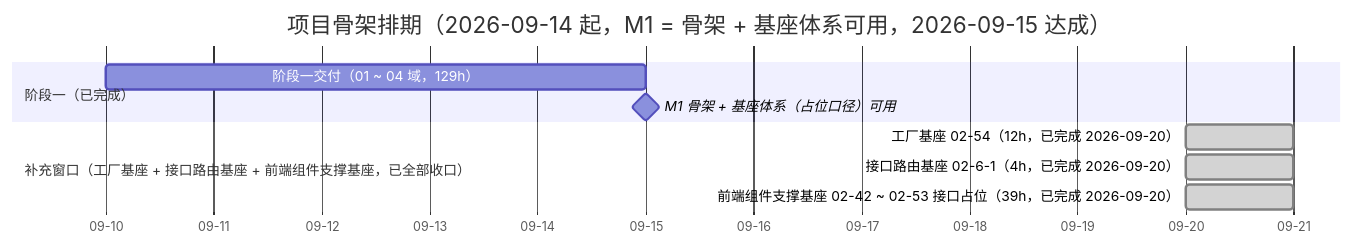
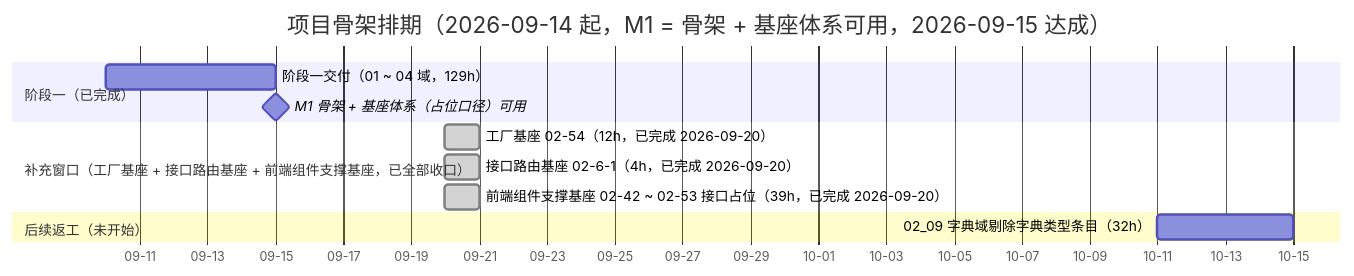
The diagram in bms文档/项目/01_项目骨架/计划/01_计划_项目骨架.md (minjian123/basic-management-system), drawn with Mermaid before and after one commit. The commit also changed other lines of this file and 2 other files, not shown here.

Commit message:
docs(任务/计划): 立项 02_09 字典域剔除字典类型条目（口径整改，改由主数据承载）+ 域总览/计划登记

````diff
--- a/bms文档/项目/01_项目骨架/计划/01_计划_项目骨架.md
+++ b/bms文档/项目/01_项目骨架/计划/01_计划_项目骨架.md
@@ -153,14 +153,16 @@
 ```mermaid
 gantt
     title 项目骨架排期（2026-09-14 起，M1 = 骨架 + 基座体系可用，2026-09-15 达成）
     dateFormat  YYYY-MM-DD
     axisFormat %m-%d
     section 阶段一（已完成）
     阶段一交付（01 ~ 04 域，129h） :done1, 2026-09-10, 2026-09-15
     M1 骨架 + 基座体系（占位口径）可用 :milestone, m1, 2026-09-15, 0d
     section 补充窗口（工厂基座 + 接口路由基座 + 前端组件支撑基座，已全部收口）
     工厂基座 02-54（12h，已完成 2026-09-20） :done, fac, 2026-09-20, 1d
     接口路由基座 02-6-1（4h，已完成 2026-09-20） :done, route, 2026-09-20, 1d
     前端组件支撑基座 02-42 ~ 02-53 接口占位（39h，已完成 2026-09-20） :done, supp, 2026-09-20, 1d
+    section 后续返工（未开始）
+    02_09 字典域剔除字典类型条目（32h） :d09, 2026-10-11, 2026-10-15
 
 ```
````
